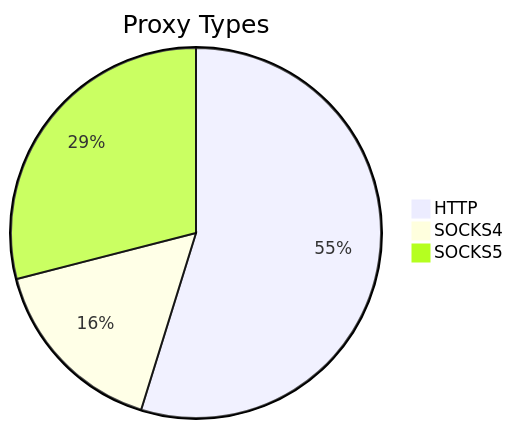
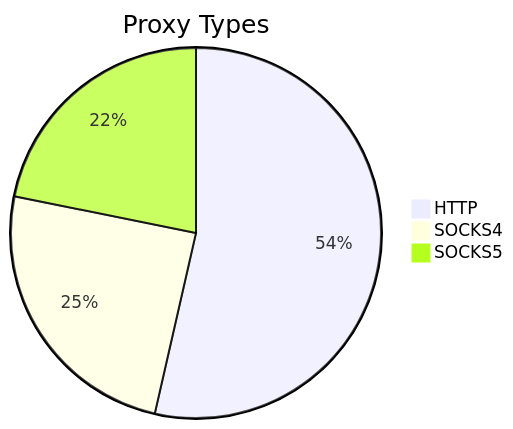
One commit to stormsia/proxy-list changed the first of 2 diagrams in README.md. Above: the diagram before and after it, drawn with Mermaid. The commit also changed other lines of this file, not shown here.

````diff
--- a/README.md
+++ b/README.md
@@ -21,6 +21,6 @@
 ```mermaid
 pie title Proxy Types
-    "HTTP" : 223
-    "SOCKS4" : 66
-    "SOCKS5" : 118
+    "HTTP" : 405
+    "SOCKS4" : 186
+    "SOCKS5" : 165
 ```
````
